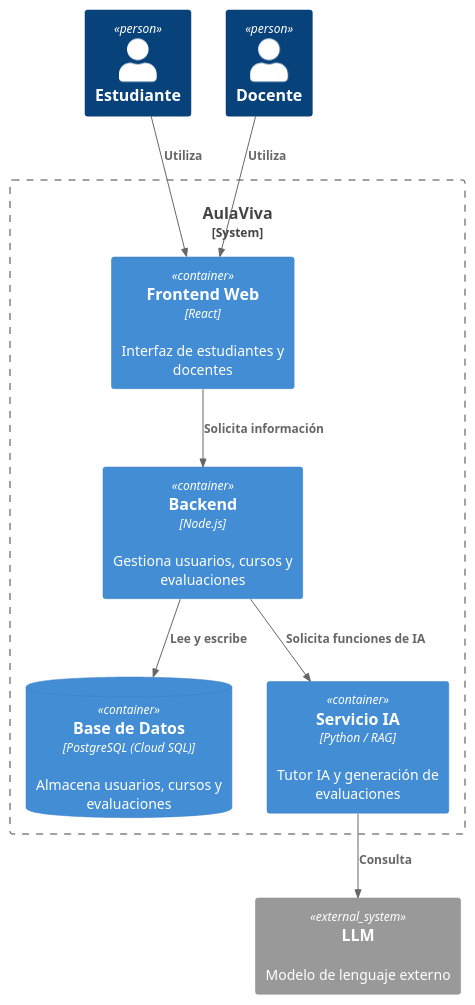
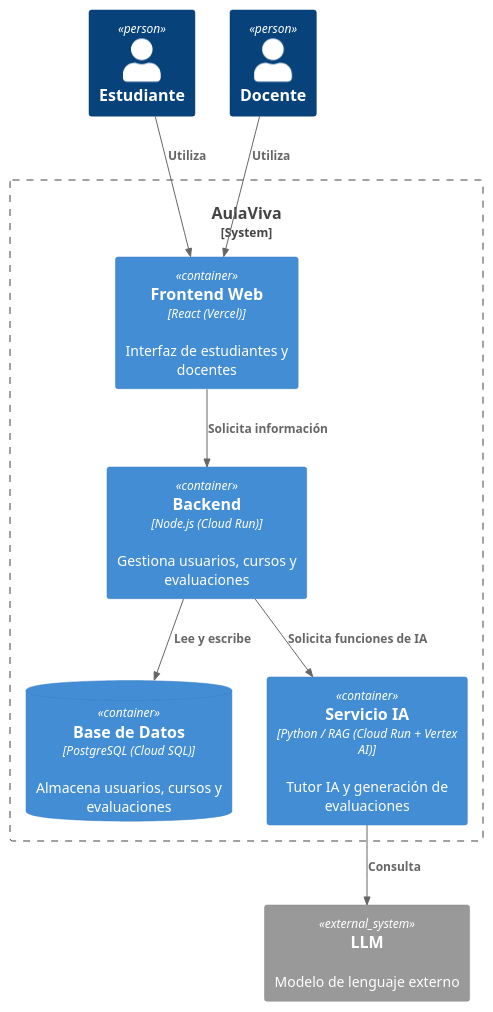
Before and after one commit to gerardogonzalez0264gg/Aula_Viva: the diagram in docs/C4/l2-container.puml, drawn with PlantUML. The commit also changed 1 other file, not shown here.

```diff
--- a/docs/C4/l2-container.puml
+++ b/docs/C4/l2-container.puml
@@ -1,27 +1,27 @@
 @startuml
 !include <C4/C4_Container>
 
 Person(estudiante, "Estudiante")
 Person(docente, "Docente")
 
 System_Boundary(aulaviva, "AulaViva") {
 
-    Container(frontend, "Frontend Web", "React", "Interfaz de estudiantes y docentes")
+    Container(frontend, "Frontend Web", "React (Vercel)", "Interfaz de estudiantes y docentes")
 
-    Container(backend, "Backend", "Node.js", "Gestiona usuarios, cursos y evaluaciones")
+    Container(backend, "Backend", "Node.js (Cloud Run)", "Gestiona usuarios, cursos y evaluaciones")
 
     ContainerDb(db, "Base de Datos", "PostgreSQL (Cloud SQL)", "Almacena usuarios, cursos y evaluaciones")
 
-    Container(ai, "Servicio IA", "Python / RAG", "Tutor IA y generación de evaluaciones")
+    Container(ai, "Servicio IA", "Python / RAG (Cloud Run + Vertex AI)", "Tutor IA y generación de evaluaciones")
 }
 
 System_Ext(llm, "LLM", "Modelo de lenguaje externo")
 
 Rel(estudiante, frontend, "Utiliza")
 Rel(docente, frontend, "Utiliza")
 
 Rel(frontend, backend, "Solicita información")
 Rel(backend, db, "Lee y escribe")
 Rel(backend, ai, "Solicita funciones de IA")
 Rel(ai, llm, "Consulta")
 @enduml
```
